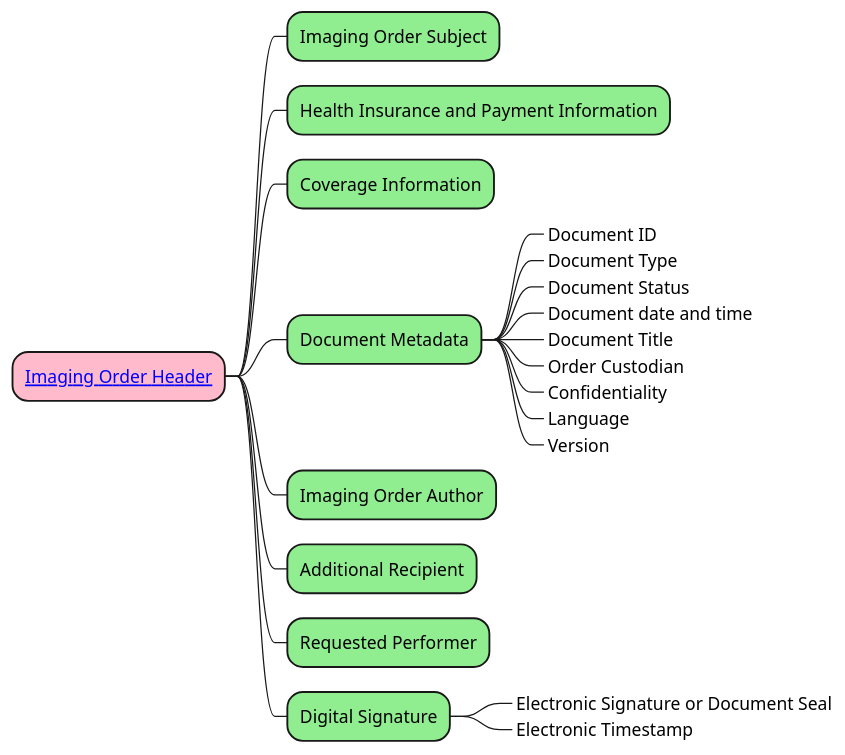
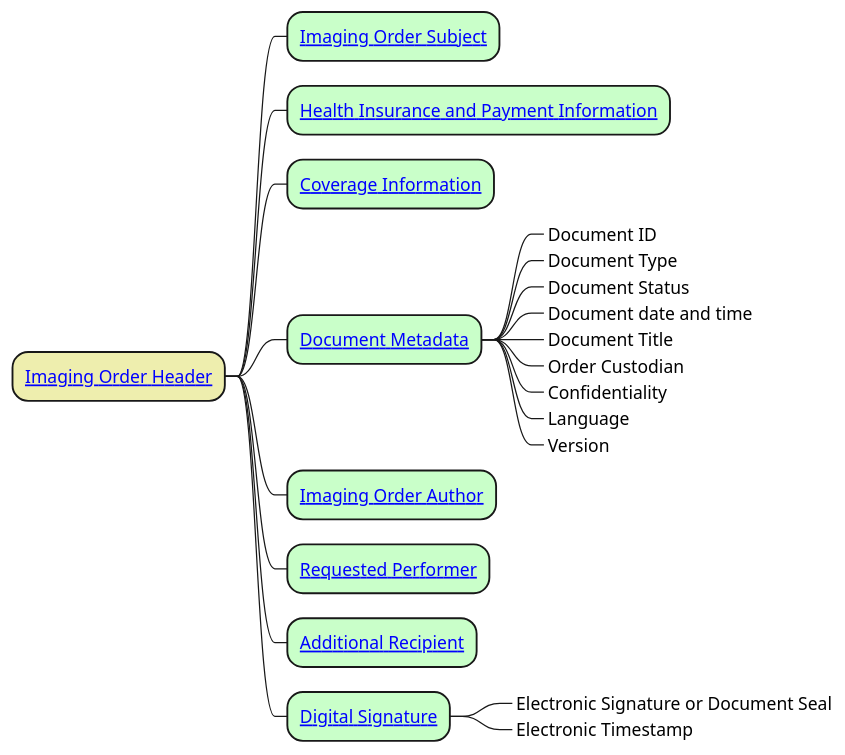
The diagram in input/images-source/imgOrderHead_CIM.plantuml (HL7-cz/img-order), drawn with PlantUML before and after one commit. The commit also changed 33 other files, not shown here.

```diff
--- a/input/images-source/imgOrderHead_CIM.plantuml
+++ b/input/images-source/imgOrderHead_CIM.plantuml
@@ -1,64 +1,64 @@
 @startmindmap
 skinparam topurl StructureDefinition-
 
-*[#FFBBCC] [[HeaderImagingOrder.html Imaging Order Header]]
-**[#lightgreen] Imaging Order Subject
+*[#EEEEAE] [[HeaderImagingOrder.html Imaging Order Header]]
+**[#TECHNOLOGY] [[SubjectCz.html Imaging Order Subject]]
 /'    Shell we keep or not?
 ** Preferred Health Professional
 '/
-**[#lightgreen] Health Insurance and Payment Information
+**[#TECHNOLOGY] [[PayerCz.html Health Insurance and Payment Information]]
 /' ***_ Health insurance code
 ***_ Health insurance name
 ***_ Health insurance number '/
-**[#lightgreen] Coverage Information
+**[#TECHNOLOGY] [[CoverageOrderCz.html Coverage Information]]
 /'
 ** Attestation
 ***_ Attester
 ***_ DateTime
 ** Legal authentication
 ***_ Legal authenticator
 ***_ DateTime
 '/
-**[#lightgreen] Document Metadata
+**[#TECHNOLOGY] [[DocumentMetadataCz.html Document Metadata]]
 ***_ Document ID
 ***_ Document Type
 ***_ Document Status
 ***_ Document date and time
 ***_ Document Title
 ***_ Order Custodian
 ***_ Confidentiality
 ***_ Language
 ***_ Version
-**[#lightgreen] Imaging Order Author
-**[#lightgreen] Additional Recipient
-**[#lightgreen] Requested Performer
-**[#lightgreen] Digital Signature
+**[#TECHNOLOGY] [[AuthorCz.html Imaging Order Author]]
+**[#TECHNOLOGY] [[RequestedPerformerCz.html Requested Performer]]
+**[#TECHNOLOGY] [[AdditionalRecipientCz.html Additional Recipient]]
+**[#TECHNOLOGY] [[digitalSignatureCz.html Digital Signature]]
 ***_ Electronic Signature or Document Seal
 ***_ Electronic Timestamp
 /' ** Intended recipient
 ** Authorship
 ***_ Author
 ***_ DateTime
 ** Attestation
 ***_ Attester
 ***_ DateTime
 ** Legal authentication
 ***_ Legal authenticator
 ***_ DateTime
 ** Document metadata
 ***_ Document ID
 ***_ Document type
 ***_ Document status
 ***_ Period
 ***_ Report date and time
 ***_ Document title
 ***_ Event type
 ***_ Specialty
 ***_ Report custodian
 ***_ Document format
 ***_ Confidentiality
 ***_ Language
 ***_ Version
 ***_ Study Instance UID
 ***_ Accession number '/
 @endmindmap
```
